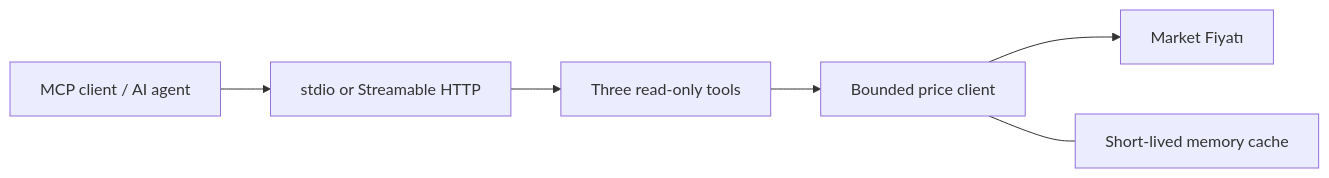
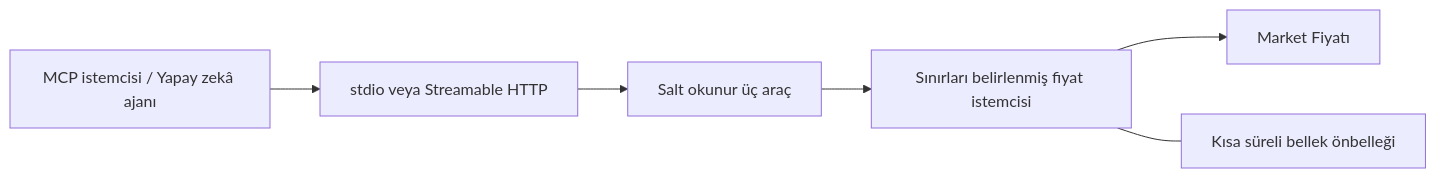
One commit to enesoglu/market-fiyati-mcp changed the diagram in README.md. Above: the diagram before and after it, drawn with Mermaid. The commit also changed other lines of this file, not shown here.

````diff
--- a/README.md
+++ b/README.md
@@ -96,8 +98,8 @@
 ```mermaid
 flowchart LR
-    A[MCP client / AI agent] --> B[stdio or Streamable HTTP]
-    B --> C[Three read-only tools]
-    C --> D[Bounded price client]
+    A[MCP istemcisi / Yapay zekâ ajanı] --> B[stdio veya Streamable HTTP]
+    B --> C[Salt okunur üç araç]
+    C --> D[Sınırları belirlenmiş fiyat istemcisi]
     D --> E[Market Fiyatı]
-    D --- F[Short-lived memory cache]
+    D --- F[Kısa süreli bellek önbelleği]
 ```
````
